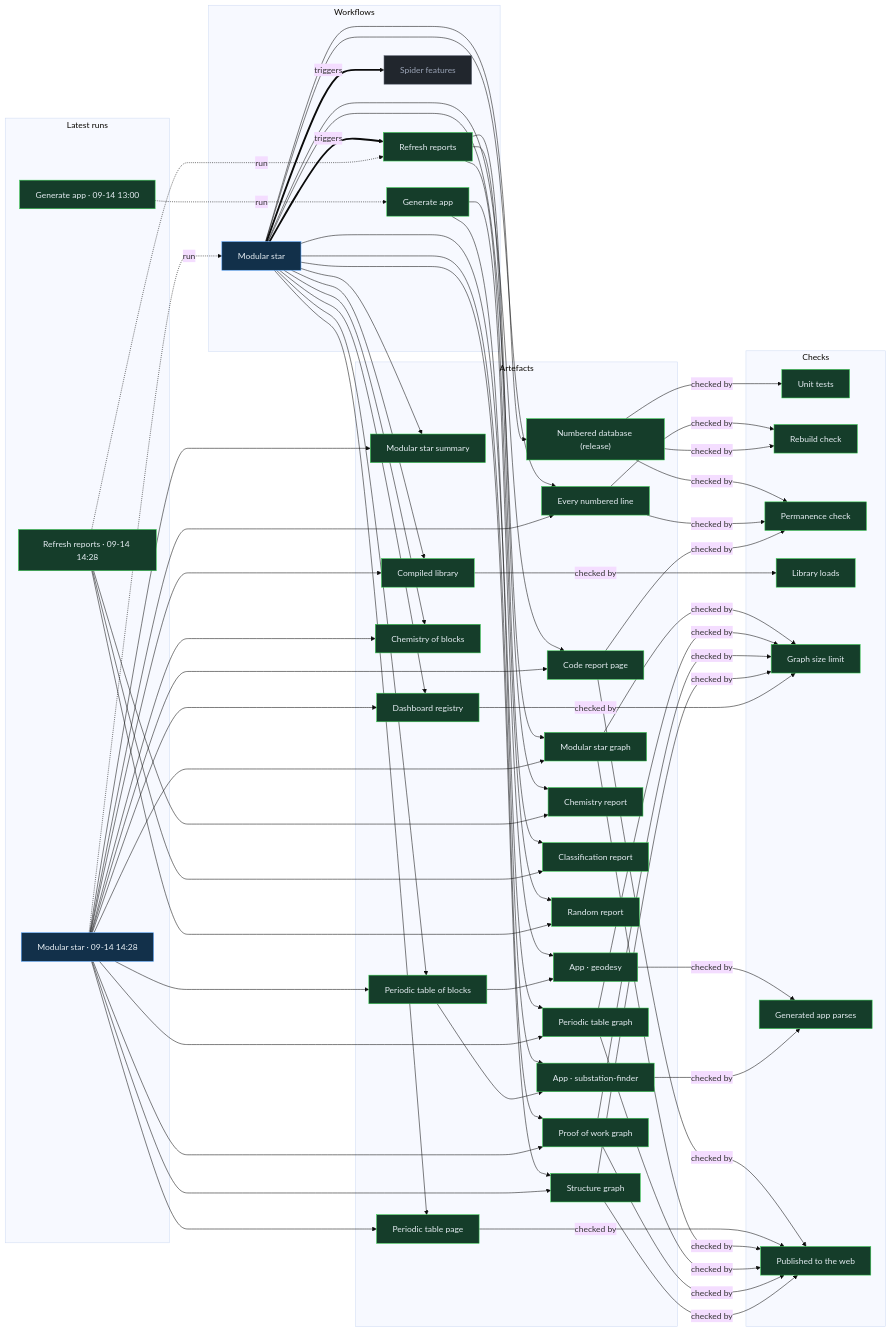
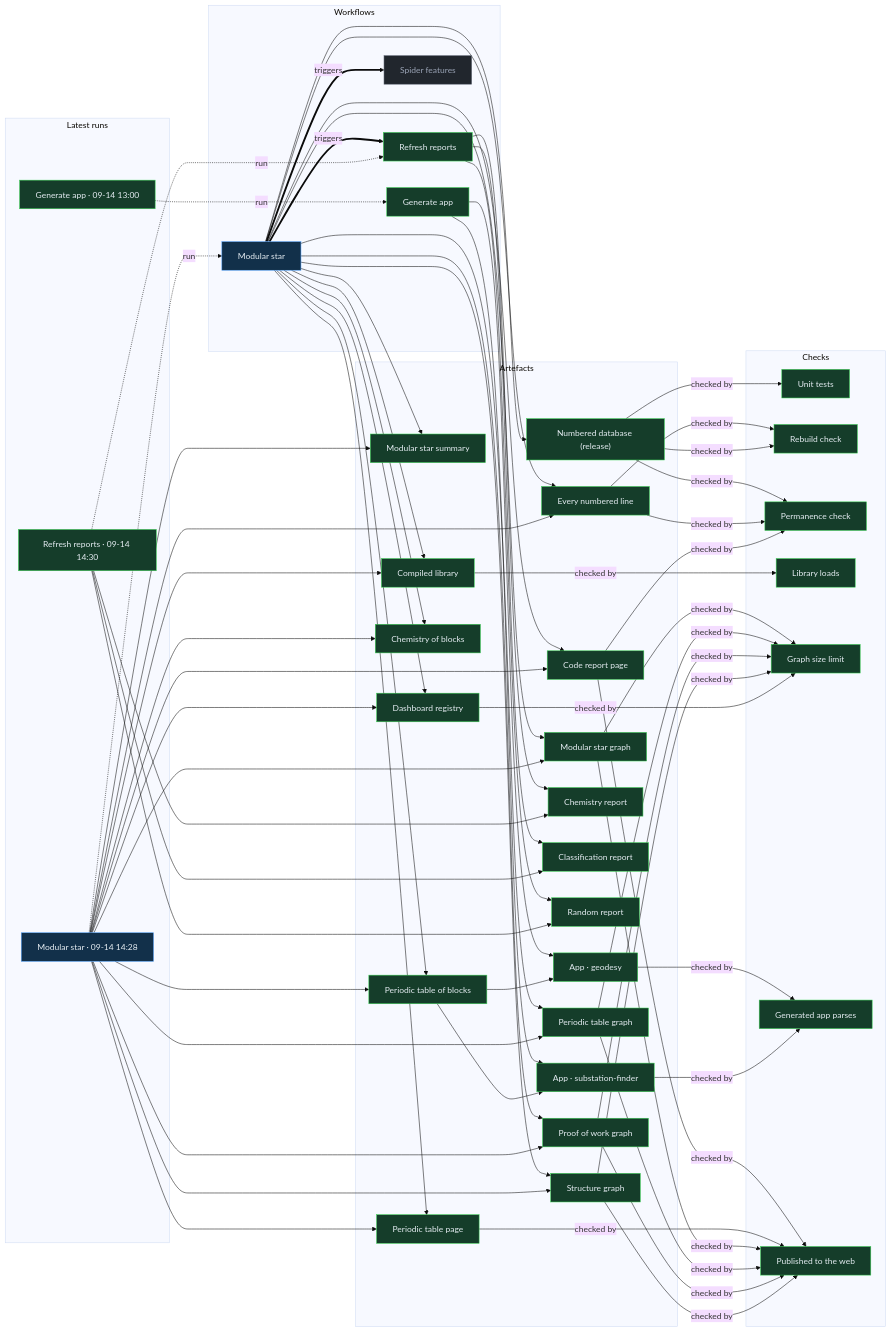
The diagram in proof/PROOF.md (Ventusltd/stars), drawn with Mermaid (base theme) before and after one commit. The commit also changed other lines of this file and 21 other files, not shown here.

```diff
--- a/proof/PROOF.md
+++ b/proof/PROOF.md
@@ -25,7 +25,7 @@
   end
   subgraph g_runs["Latest runs"]
   n_run_34855846695["Modular star · 09-14 14:28"]:::live
-  n_run_34855843331["Refresh reports · 09-14 14:28"]:::ok
+  n_run_34856106141["Refresh reports · 09-14 14:30"]:::ok
   n_run_34846587798["Generate app · 09-14 13:00"]:::ok
   end
   subgraph g_artefacts["Artefacts"]
@@ -60,7 +60,7 @@
   n_wf_modular_star == triggers ==> n_wf_refresh
   n_wf_modular_star == triggers ==> n_wf_spider_features
   n_run_34855846695 -. run .-> n_wf_modular_star
-  n_run_34855843331 -. run .-> n_wf_refresh
+  n_run_34856106141 -. run .-> n_wf_refresh
   n_run_34846587798 -. run .-> n_wf_generate
   n_wf_modular_star --> n_art_summary
   n_run_34855846695 --> n_art_summary
@@ -87,11 +87,11 @@
   n_wf_modular_star --> n_art_structure
   n_run_34855846695 --> n_art_structure
   n_wf_refresh --> n_art_chemistry
-  n_run_34855843331 --> n_art_chemistry
+  n_run_34856106141 --> n_art_chemistry
   n_wf_refresh --> n_art_vedic
-  n_run_34855843331 --> n_art_vedic
+  n_run_34856106141 --> n_art_vedic
   n_wf_refresh --> n_art_random
-  n_run_34855843331 --> n_art_random
+  n_run_34856106141 --> n_art_random
   n_wf_modular_star --> n_art_release
   n_wf_generate --> n_app_geodesy
   n_art_blocks --> n_app_geodesy
```
